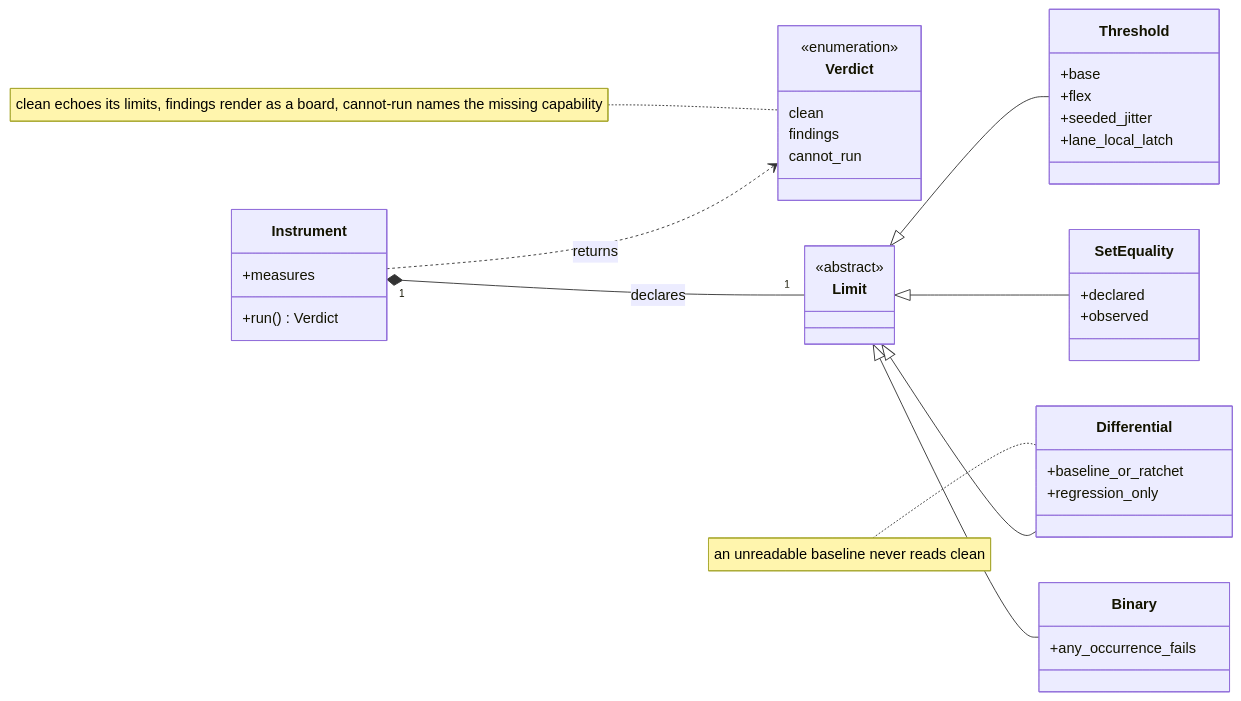
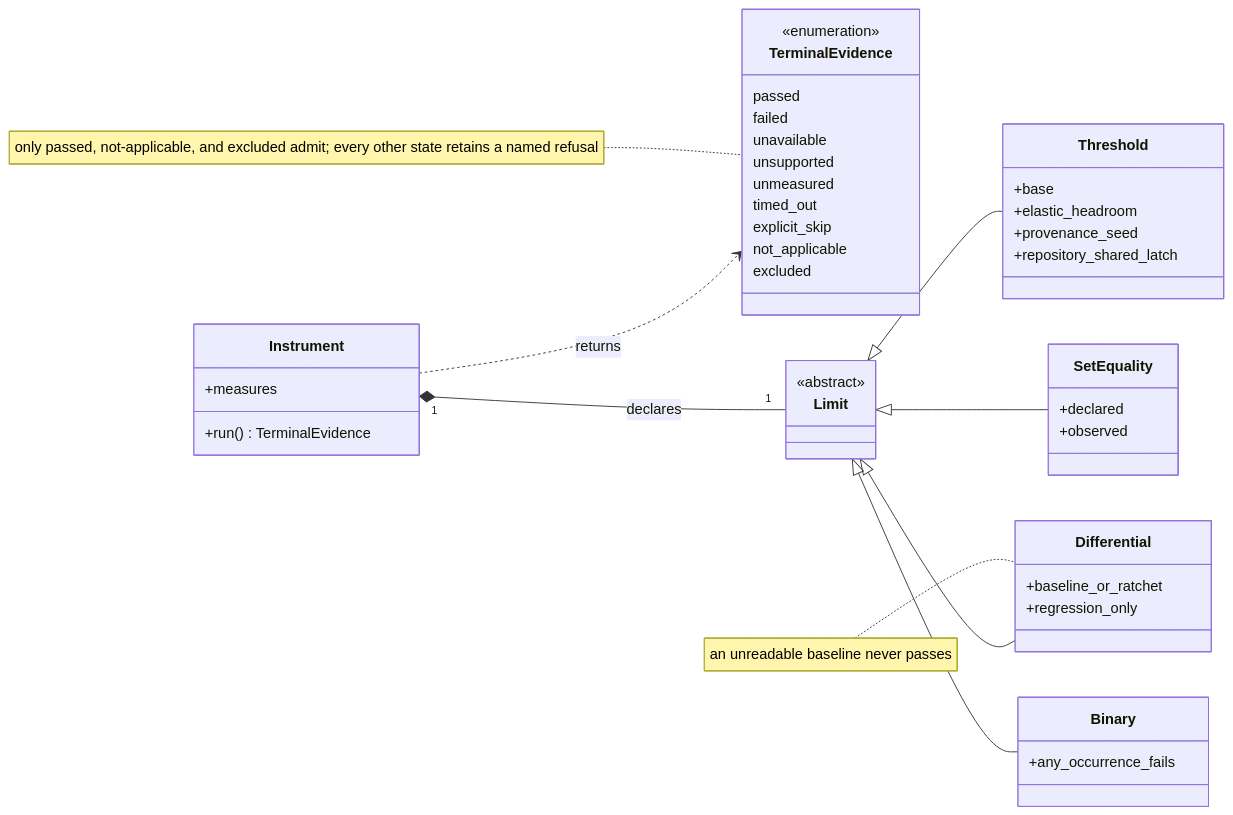
Before and after one commit to infimalabs/spice-rust: the ninth of 14 diagrams in docs/product/checks.md, drawn with Mermaid. The commit also changed other lines of this file and 71 other files, not shown here.

````diff
--- a/docs/product/checks.md
+++ b/docs/product/checks.md
@@ -259,45 +296,51 @@
 ```mermaid
 classDiagram
   direction LR
 
   class Instrument {
     +measures
-    +run() Verdict
+    +run() TerminalEvidence
   }
-  class Verdict {
+  class TerminalEvidence {
     <<enumeration>>
-    clean
-    findings
-    cannot_run
+    passed
+    failed
+    unavailable
+    unsupported
+    unmeasured
+    timed_out
+    explicit_skip
+    not_applicable
+    excluded
   }
   class Limit {
     <<abstract>>
   }
   class Threshold {
     +base
-    +flex
-    +seeded_jitter
-    +lane_local_latch
+    +elastic_headroom
+    +provenance_seed
+    +repository_shared_latch
   }
   class SetEquality {
     +declared
     +observed
   }
   class Differential {
     +baseline_or_ratchet
     +regression_only
   }
   class Binary {
     +any_occurrence_fails
   }
 
   Limit <|-- Threshold
   Limit <|-- SetEquality
   Limit <|-- Differential
   Limit <|-- Binary
   Instrument "1" *-- "1" Limit : declares
-  Instrument ..> Verdict : returns
+  Instrument ..> TerminalEvidence : returns
 
-  note for Verdict "clean echoes its limits, findings render as a board, cannot-run names the missing capability"
-  note for Differential "an unreadable baseline never reads clean"
+  note for TerminalEvidence "only passed, not-applicable, and excluded admit; every other state retains a named refusal"
+  note for Differential "an unreadable baseline never passes"
 ```
````
